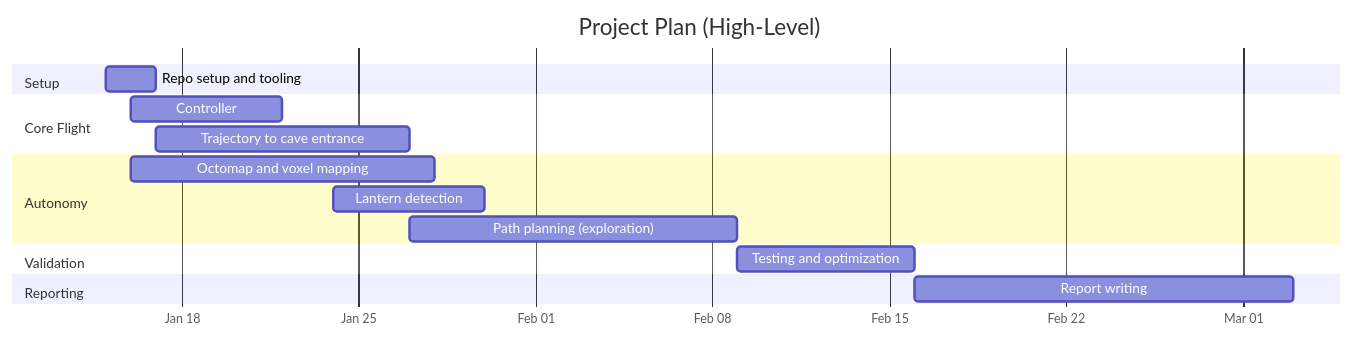
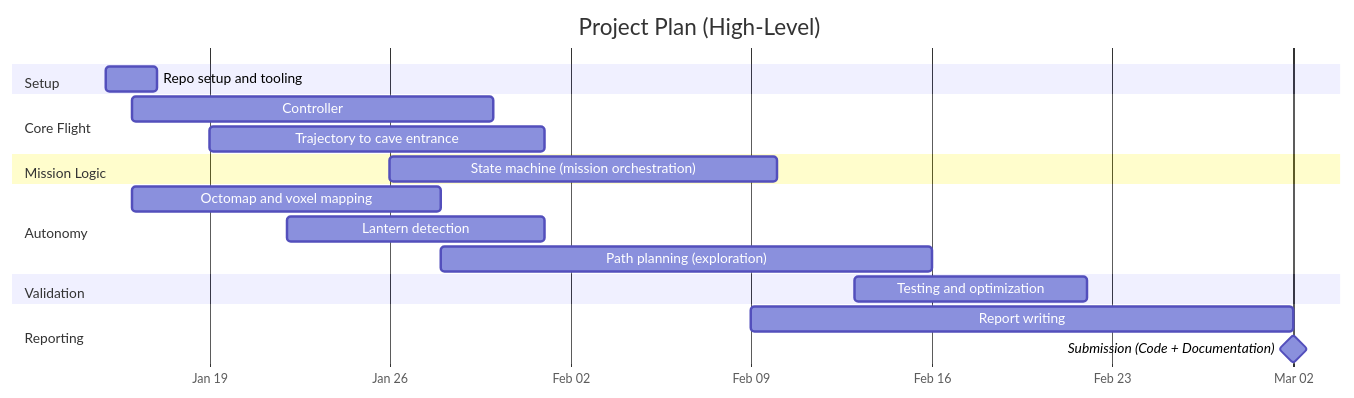
The first of 4 diagrams in README.md (lkitzbichler/Autonomous-Systems-Sub-Terrain-Challenge-GR04), drawn with Mermaid before and after one commit. The commit also changed other lines of this file and 3 other files, not shown here.

````diff
--- a/README.md
+++ b/README.md
@@ -123,24 +254,31 @@
 ```mermaid
 gantt
   title Project Plan (High-Level)
   dateFormat  YYYY-MM-DD
   axisFormat  %b %d
+  tickInterval 1week
+  weekday monday
+  todayMarker on
 
   section Setup
-  Repo setup and tooling        :a1, 2026-01-15, 2d
+  Repo setup and tooling        :a1, 2026-01-15, 2026-01-17
 
   section Core Flight
-  Controller                    :a2, 2026-01-16, 6d
-  Trajectory to cave entrance   :a3, 2026-01-17, 10d
+  Controller                    :a2, 2026-01-16, 2026-01-30
+  Trajectory to cave entrance   :a3, 2026-01-19, 2026-02-01
+
+  section Mission Logic
+  State machine (mission orchestration) :a4, 2026-01-26, 2026-02-10
 
   section Autonomy
-  Octomap and voxel mapping     :a4, 2026-01-16, 12d
-  Lantern detection             :a5, 2026-01-24, 6d
-  Path planning (exploration)   :a6, 2026-01-27, 13d
+  Octomap and voxel mapping     :a5, 2026-01-16, 2026-01-28
+  Lantern detection             :a6, 2026-01-22, 2026-02-01
+  Path planning (exploration)   :a7, 2026-01-28, 2026-02-16
 
   section Validation
-  Testing and optimization      :a7, 2026-02-09, 7d
+  Testing and optimization      :a8, 2026-02-13, 2026-02-22
 
   section Reporting
-  Report writing                :a8, 2026-02-16, 2026-03-03
+  Report writing                :a9, 2026-02-09, 2026-03-02
+  Submission (Code + Documentation) :milestone, m1, 2026-03-02, 0d
 ```
````
